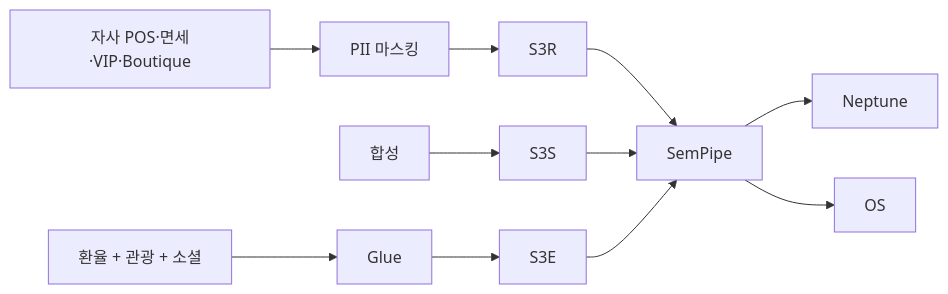
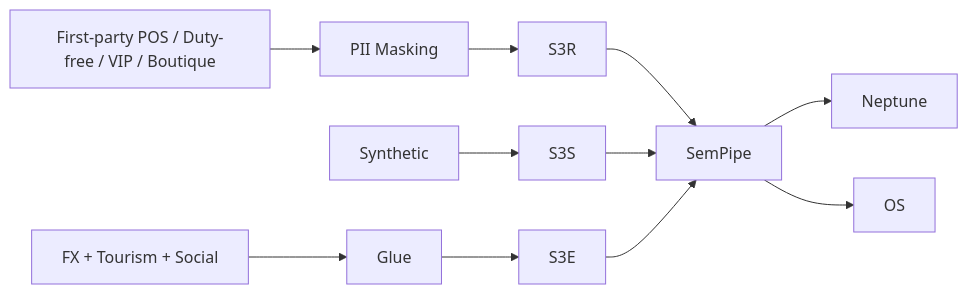
One commit to devfloor9/engineering-playbook changed the diagram in docs/industry-solutions/retail/shinkong-mitsukoshi-luxury/04-data-sources.md. Above: the diagram before and after it, drawn with Mermaid. The commit also changed other lines of this file and 954 other files, not shown here.

````diff
--- a/docs/industry-solutions/retail/shinkong-mitsukoshi-luxury/04-data-sources.md
+++ b/docs/industry-solutions/retail/shinkong-mitsukoshi-luxury/04-data-sources.md
@@ -70,8 +70,8 @@
 ```mermaid
 graph LR
-    Src[자사 POS·면세·VIP·Boutique] --> Mask[PII 마스킹]
+    Src[First-party POS / Duty-free / VIP / Boutique] --> Mask[PII Masking]
     Mask --> S3R
-    Synth[합성] --> S3S
-    Ext[환율 + 관광 + 소셜] --> Glue --> S3E
+    Synth[Synthetic] --> S3S
+    Ext[FX + Tourism + Social] --> Glue --> S3E
     S3R & S3S & S3E --> SemPipe --> Neptune & OS
 ```
````
